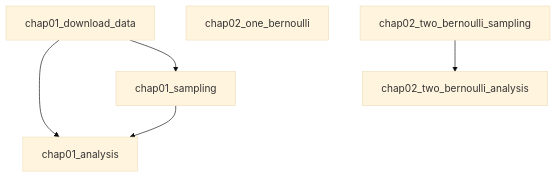
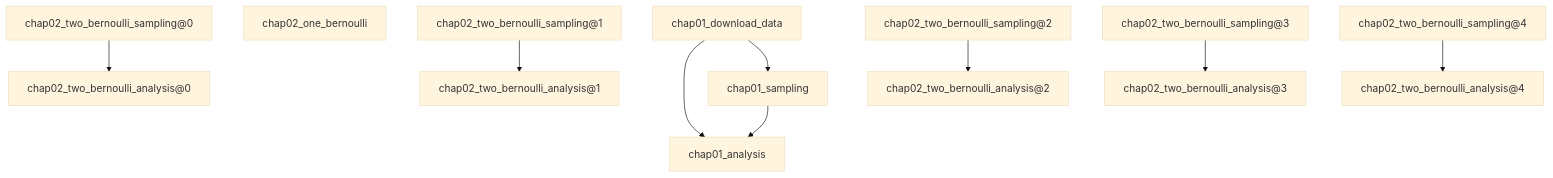
The diagram in PIPELINE.md (u-masao/bayesian-methods-for-hackers-memo), drawn with Mermaid (base theme) before and after one commit.

Commit message:
[update] dvc repro

````diff
--- a/PIPELINE.md
+++ b/PIPELINE.md
@@ -1,13 +1,25 @@
 ```mermaid
 flowchart TD
 	node1["chap01_analysis"]
 	node2["chap01_download_data"]
 	node3["chap01_sampling"]
 	node2-->node1
 	node2-->node3
 	node3-->node1
 	node4["chap02_one_bernoulli"]
-	node5["chap02_two_bernoulli_analysis"]
-	node6["chap02_two_bernoulli_sampling"]
+	node5["chap02_two_bernoulli_analysis@0"]
+	node6["chap02_two_bernoulli_sampling@0"]
 	node6-->node5
+	node7["chap02_two_bernoulli_analysis@1"]
+	node8["chap02_two_bernoulli_sampling@1"]
+	node8-->node7
+	node9["chap02_two_bernoulli_analysis@2"]
+	node10["chap02_two_bernoulli_sampling@2"]
+	node10-->node9
+	node11["chap02_two_bernoulli_analysis@3"]
+	node12["chap02_two_bernoulli_sampling@3"]
+	node12-->node11
+	node13["chap02_two_bernoulli_analysis@4"]
+	node14["chap02_two_bernoulli_sampling@4"]
+	node14-->node13
 ```
````
